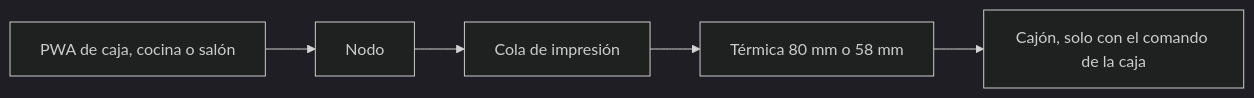
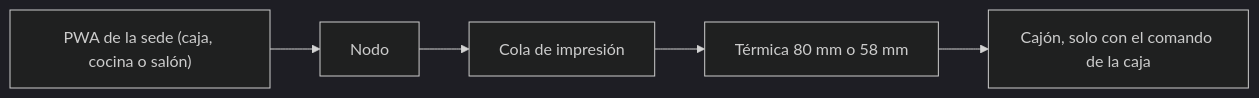
Before and after one commit to CesarJOtizM/blackHole: the fifth of 5 diagrams in docs/flujos/m3-facturacion.md, drawn with Mermaid (dark theme). The commit also changed 9 other files, not shown here.

Commit message:
Update documentation for modules M0 to M3, enhancing details on hybrid operation, QR-based ordering and payment processes, and versioning. Adjusted flow diagrams and descriptions to reflect new functionalities and improved clarity on system behavior during internet outages.

````diff
--- a/docs/flujos/m3-facturacion.md
+++ b/docs/flujos/m3-facturacion.md
@@ -122,7 +122,7 @@
 ```mermaid
 flowchart LR
-  App["PWA de caja, cocina o salón"] --> Nodo
+  App["PWA de la sede (caja, cocina o salón)"] --> Nodo
   Nodo --> Cola["Cola de impresión"]
   Cola --> T["Térmica 80 mm o 58 mm"]
   T --> Cajon["Cajón, solo con el comando de la caja"]
 ```
````
